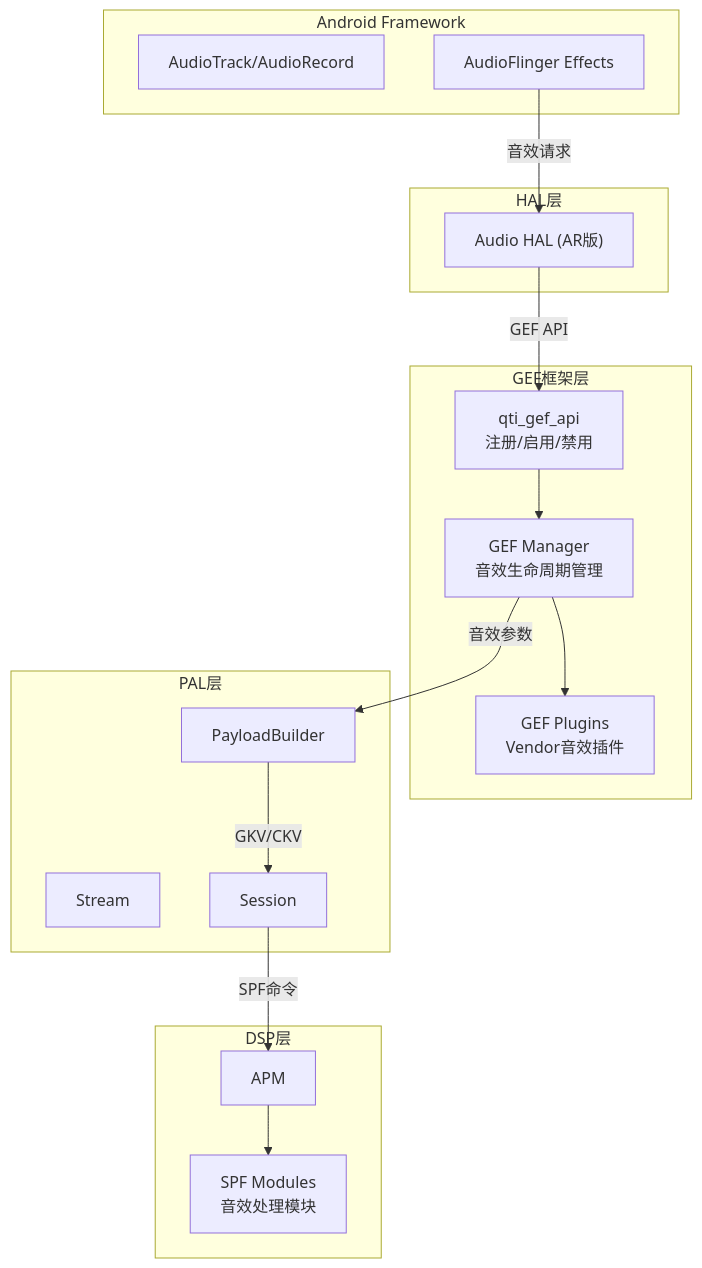
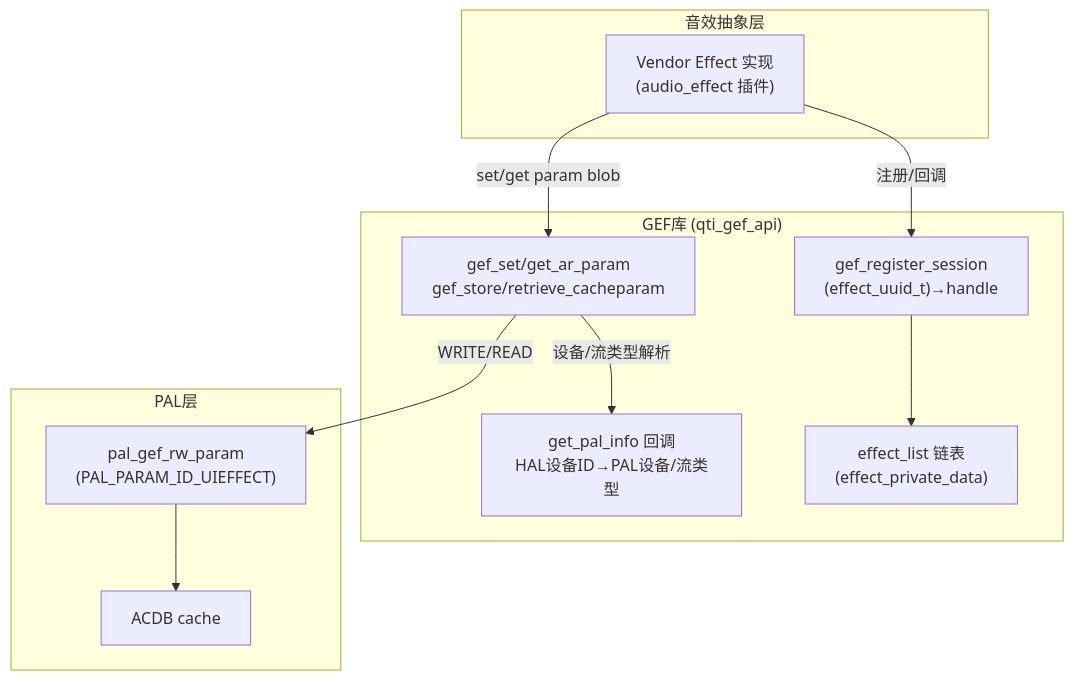
One commit to yanglinzhen1022/SA8295_AAOS_QNX_Audio_KnowledgeBase changed the first of 2 diagrams in 15_PAL_Architecture/15_15.13_QC_GEF_通用音效框架.md. Above: the diagram before and after it, drawn with Mermaid. The commit also changed other lines of this file and 48 other files, not shown here.

````diff
--- a/15_PAL_Architecture/15_15.13_QC_GEF_通用音效框架.md
+++ b/15_PAL_Architecture/15_15.13_QC_GEF_通用音效框架.md
@@ -22,37 +31,25 @@
 ```mermaid
 graph TB
-    subgraph Android["Android Framework"]
-        ATM["AudioTrack/AudioRecord"]
-        AFE["AudioFlinger Effects"]
+    subgraph EFFECT["音效抽象层"]
+        VEA["Vendor Effect 实现<br/>(audio_effect 插件)"]
     end
 
-    subgraph HAL_Layer["HAL层"]
-        AHAL["Audio HAL (AR版)"]
-    end
-
-    subgraph GEF_Layer["GEF框架层"]
-        GEF_API["qti_gef_api<br/>注册/启用/禁用"]
-        GEF_MGR["GEF Manager<br/>音效生命周期管理"]
-        GEF_PLUGIN["GEF Plugins<br/>Vendor音效插件"]
+    subgraph GEF_Layer["GEF库 (qti_gef_api)"]
+        GEF_REG["gef_register_session<br/>(effect_uuid_t)→handle"]
+        GEF_LIST["effect_list 链表<br/>(effect_private_data)"]
+        GEF_RW["gef_set/get_ar_param<br/>gef_store/retrieve_cacheparam"]
+        GEF_PALINFO["get_pal_info 回调<br/>HAL设备ID→PAL设备/流类型"]
     end
 
     subgraph PAL_Layer["PAL层"]
-        PAL_STR["Stream"]
-        PAL_SES["Session"]
-        PAL_PB["PayloadBuilder"]
+        PAL_API["pal_gef_rw_param<br/>(PAL_PARAM_ID_UIEFFECT)"]
+        ACDB["ACDB cache"]
     end
 
-    subgraph DSP_Layer["DSP层"]
-        SPF["SPF Modules<br/>音效处理模块"]
-        APM["APM"]
-    end
-
-    AFE -->|音效请求| AHAL
-    AHAL -->|GEF API| GEF_API
-    GEF_API --> GEF_MGR
-    GEF_MGR --> GEF_PLUGIN
-    GEF_MGR -->|音效参数| PAL_PB
-    PAL_PB -->|GKV/CKV| PAL_SES
-    PAL_SES -->|SPF命令| APM
-    APM --> SPF
+    VEA -->|注册/回调| GEF_REG
+    GEF_REG --> GEF_LIST
+    VEA -->|set/get param blob| GEF_RW
+    GEF_RW -->|设备/流类型解析| GEF_PALINFO
+    GEF_RW -->|WRITE/READ| PAL_API
+    PAL_API --> ACDB
 ```
````
